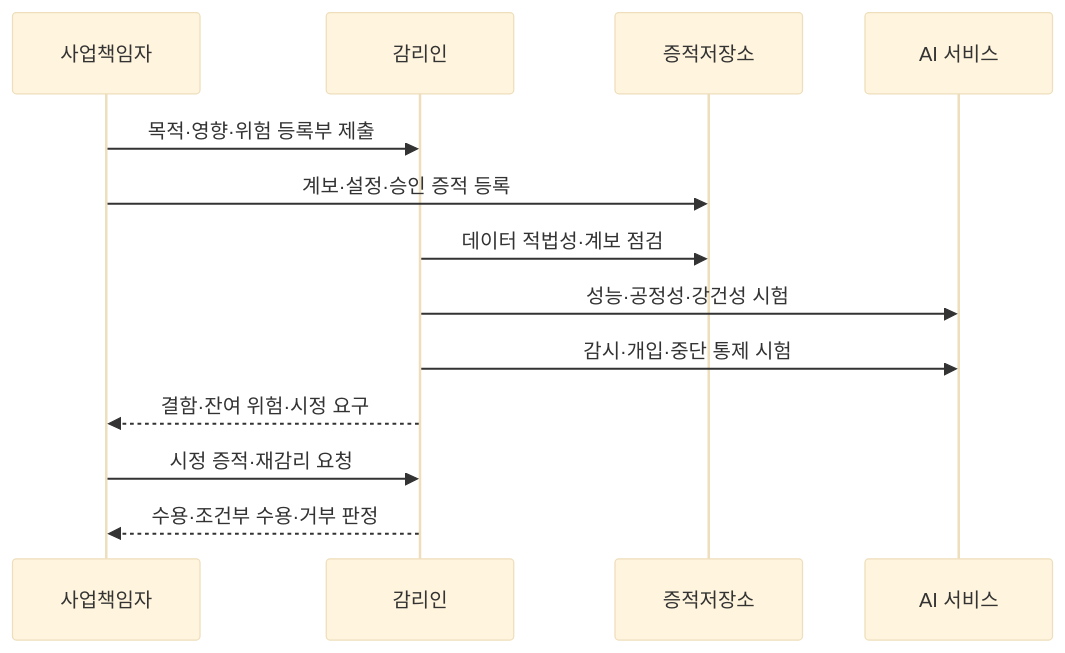
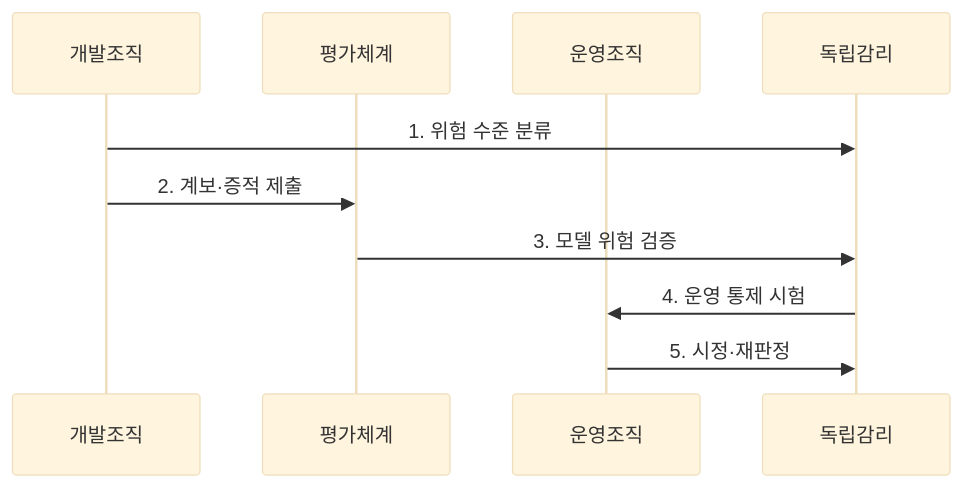
Before and after one commit to agnusdei1207/knowledge-base: the second of 2 diagrams in src/content/docs/notes/03-software/228_ai_software_audit.md, drawn with Mermaid (base theme). The commit also changed other lines of this file and 20 other files, not shown here.

````diff
--- a/src/content/docs/notes/03-software/228_ai_software_audit.md
+++ b/src/content/docs/notes/03-software/228_ai_software_audit.md
@@ -85,15 +84,12 @@
 ```mermaid
 sequenceDiagram
-    participant O as 사업책임자
-    participant A as 감리인
-    participant E as 증적저장소
-    participant S as AI 서비스
-    O->>A: 목적·영향·위험 등록부 제출
-    O->>E: 계보·설정·승인 증적 등록
-    A->>E: 데이터 적법성·계보 점검
-    A->>S: 성능·공정성·강건성 시험
-    A->>S: 감시·개입·중단 통제 시험
-    A-->>O: 결함·잔여 위험·시정 요구
-    O->>A: 시정 증적·재감리 요청
-    A-->>O: 수용·조건부 수용·거부 판정
+    participant 개발조직
+    participant 평가체계
+    participant 운영조직
+    participant 독립감리
+    개발조직->>독립감리: 1. 위험 수준 분류
+    개발조직->>평가체계: 2. 계보·증적 제출
+    평가체계->>독립감리: 3. 모델 위험 검증
+    독립감리->>운영조직: 4. 운영 통제 시험
+    운영조직->>독립감리: 5. 시정·재판정
 ```
````
